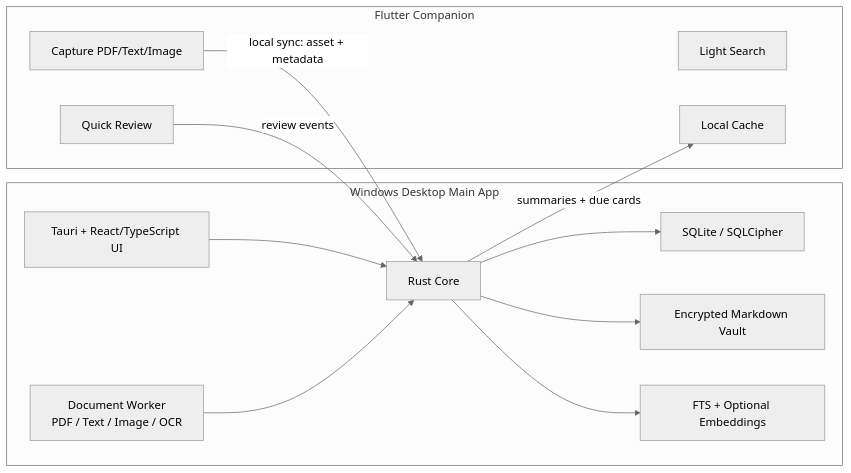
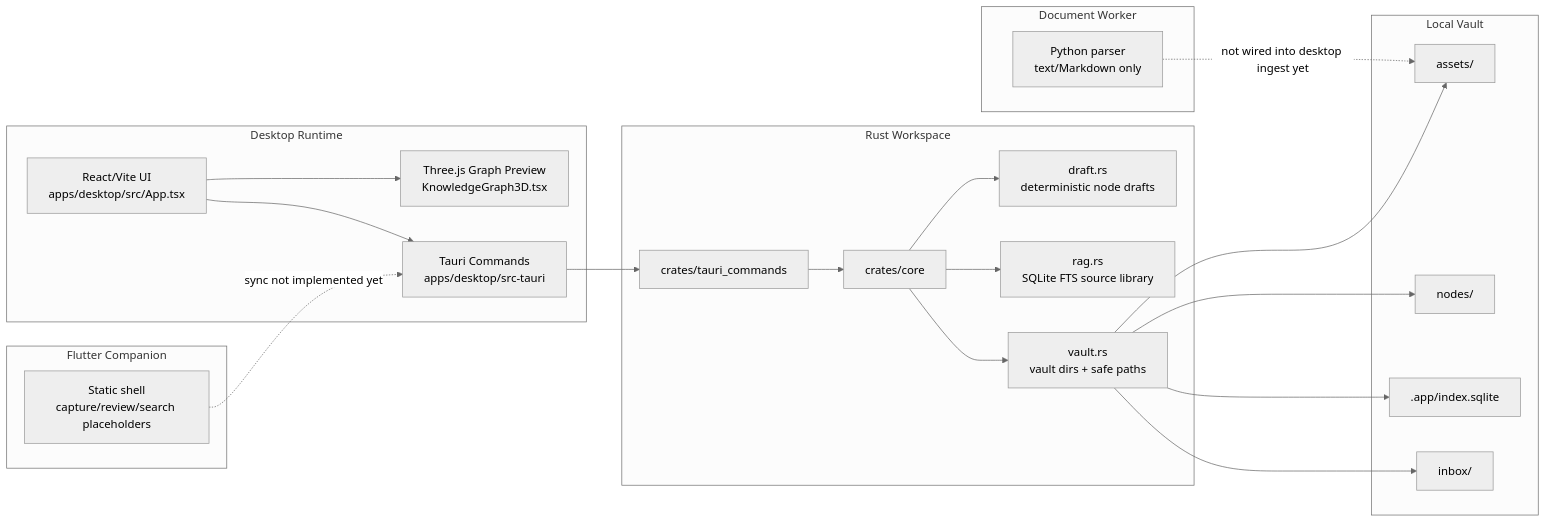
The first of 2 diagrams in CONTEXT.md (kiet-ta/personal-learning), drawn with Mermaid (neutral theme) before and after one commit. The commit also changed other lines of this file and 16 other files, not shown here.

Commit message:
feat(desktop): UI redesign, Note CRUD, hide graph, and macOS build preparation

````diff
--- a/CONTEXT.md
+++ b/CONTEXT.md
@@ -70,27 +94,45 @@
 ```mermaid
 flowchart LR
-  subgraph Desktop["Windows Desktop Main App"]
-    UI["Tauri + React/TypeScript UI"]
-    CORE["Rust Core"]
-    DB["SQLite / SQLCipher"]
-    VAULT["Encrypted Markdown Vault"]
-    WORKER["Document Worker<br/>PDF / Text / Image / OCR"]
-    INDEX["FTS + Optional Embeddings"]
+  subgraph Desktop["Desktop Runtime"]
+    UI["React/Vite UI<br/>apps/desktop/src/App.tsx"]
+    G3D["Three.js Graph Preview<br/>KnowledgeGraph3D.tsx"]
+    TAURI["Tauri Commands<br/>apps/desktop/src-tauri"]
+  end
+
+  subgraph Rust["Rust Workspace"]
+    CMD["crates/tauri_commands"]
+    CORE["crates/core"]
+    DRAFT["draft.rs<br/>deterministic node drafts"]
+    RAG["rag.rs<br/>SQLite FTS source library"]
+    VAULT["vault.rs<br/>vault dirs + safe paths"]
+  end
+
+  subgraph Vault["Local Vault"]
+    ASSETS["assets/"]
+    NODES["nodes/"]
+    INDEX[".app/index.sqlite"]
+    INBOX["inbox/"]
+  end
+
+  subgraph Worker["Document Worker"]
+    PY["Python parser<br/>text/Markdown only"]
   end
 
   subgraph Mobile["Flutter Companion"]
-    CAPTURE["Capture PDF/Text/Image"]
-    REVIEW["Quick Review"]
-    SEARCH["Light Search"]
-    CACHE["Local Cache"]
+    MOB["Static shell<br/>capture/review/search placeholders"]
   end
 
-  CAPTURE -->|"local sync: asset + metadata"| CORE
-  REVIEW -->|"review events"| CORE
-  CORE -->|"summaries + due cards"| CACHE
-  UI --> CORE
-  CORE --> DB
+  UI --> G3D
+  UI --> TAURI
+  TAURI --> CMD
+  CMD --> CORE
+  CORE --> DRAFT
+  CORE --> RAG
   CORE --> VAULT
-  CORE --> INDEX
-  WORKER --> CORE
+  VAULT --> ASSETS
+  VAULT --> NODES
+  VAULT --> INDEX
+  VAULT --> INBOX
+  PY -. not wired into desktop ingest yet .-> ASSETS
+  MOB -. sync not implemented yet .-> TAURI
 ```
````
